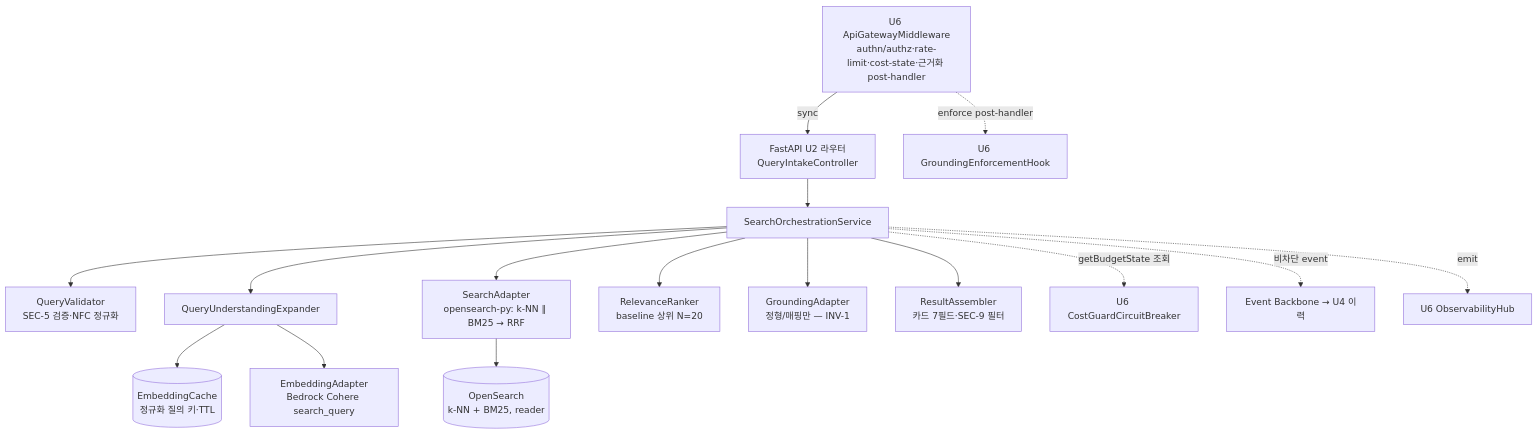
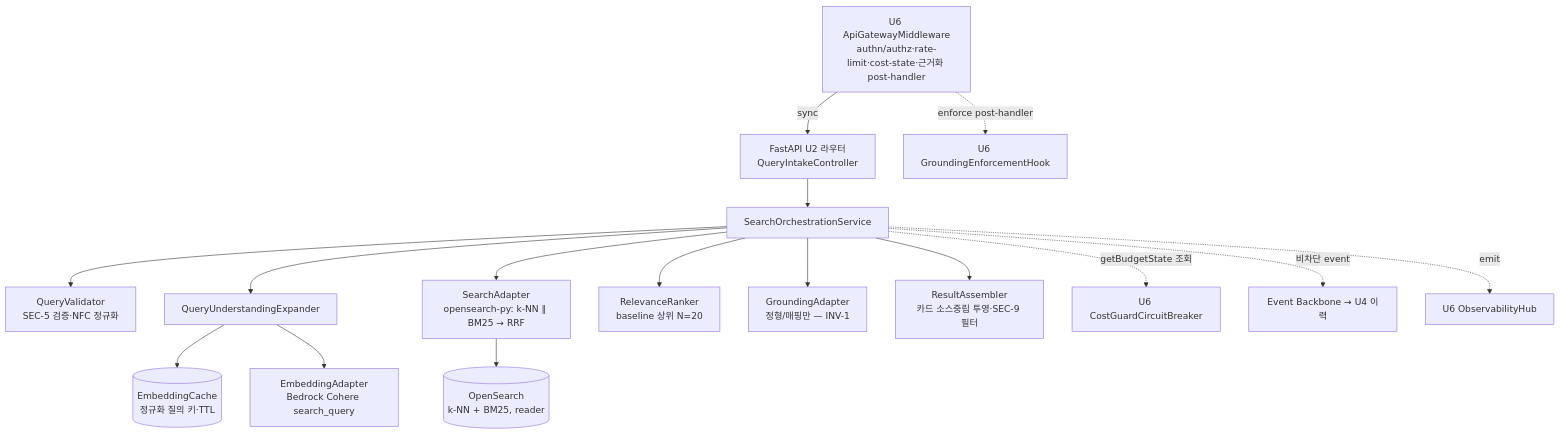
One commit to 80-hours-a-week/DocSuri changed the diagram in aidlc-docs/construction/u2-discovery/nfr-design/logical-components.md. Above: the diagram before and after it, drawn with Mermaid. The commit also changed other lines of this file and 2 other files, not shown here.

First line of the commit message:
docs(reinception): 페이즈 2 / U2 NFR amendment — SLA·SEC-9·specVersion 폴백 정합

````diff
--- a/aidlc-docs/construction/u2-discovery/nfr-design/logical-components.md
+++ b/aidlc-docs/construction/u2-discovery/nfr-design/logical-components.md
@@ -13,18 +15,18 @@
 ```mermaid
 graph TD
     GW[U6 ApiGatewayMiddleware<br/>authn/authz·rate-limit·cost-state·근거화 post-handler] -->|sync| R[FastAPI U2 라우터<br/>QueryIntakeController]
     R --> ORC[SearchOrchestrationService]
     ORC --> VAL[QueryValidator<br/>SEC-5 검증·NFC 정규화]
     ORC --> EXP[QueryUnderstandingExpander]
     EXP --> CACHE[(EmbeddingCache<br/>정규화 질의 키·TTL)]
     EXP --> EA[EmbeddingAdapter<br/>Bedrock Cohere search_query]
     ORC --> SA[SearchAdapter<br/>opensearch-py: k-NN ∥ BM25 → RRF]
     SA --> OS[(OpenSearch<br/>k-NN + BM25, reader)]
     ORC --> RANK[RelevanceRanker<br/>baseline 상위 N=20]
     ORC --> GA[GroundingAdapter<br/>정형/매핑만 — INV-1]
-    ORC --> ASM[ResultAssembler<br/>카드 7필드·SEC-9 필터]
+    ORC --> ASM[ResultAssembler<br/>카드 소스중립 투영·SEC-9 필터]
     ORC -.->|getBudgetState 조회| CB[U6 CostGuardCircuitBreaker]
     GW -.->|enforce post-handler| GH[U6 GroundingEnforcementHook]
     ORC -.->|비차단 event| EVT[Event Backbone → U4 이력]
     ORC -.->|emit| OBS[U6 ObservabilityHub]
 ```
````
